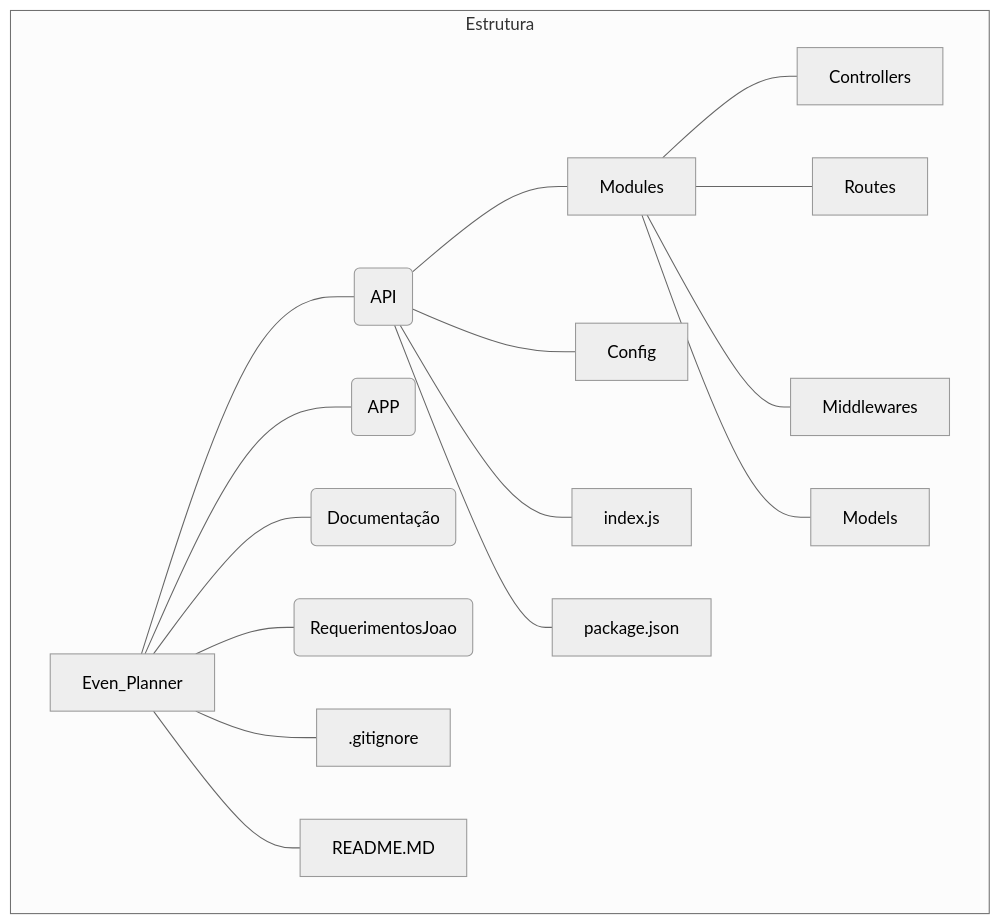
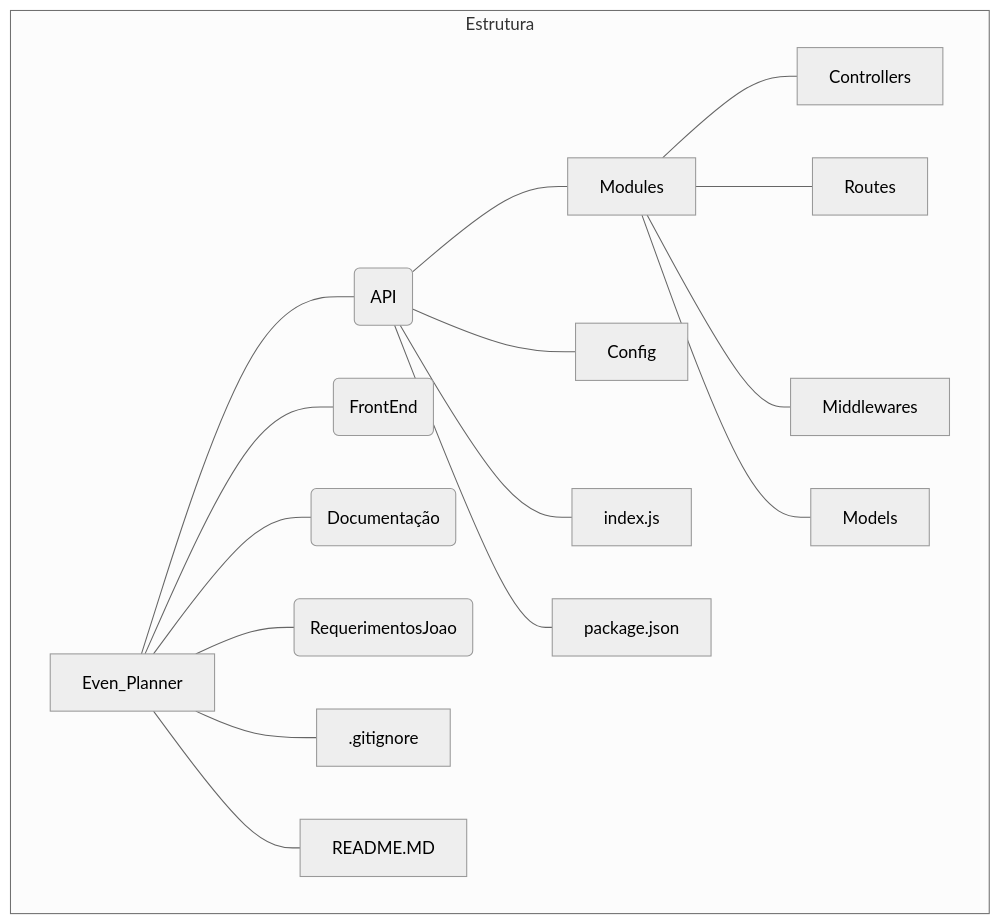
Before and after one commit to GstavRocha/Event_Planner: the diagram in Documentacao/DocumetoRelase.md, drawn with Mermaid (neutral theme). The commit also changed 2 other files, not shown here.

Commit message:
corrigindo o dump

````diff
--- a/Documentacao/DocumetoRelase.md
+++ b/Documentacao/DocumetoRelase.md
@@ -6,37 +6,37 @@
 ```mermaid
 flowchart TB
     subgraph Estrutura
     A0[Even_Planner]
     A(API)
     A1[Config]
     A2[Modules]
     A21[Controllers]
     A22[Models]
     A23[Routes]
     A24[Middlewares]
     A3[index.js]
     A4[package.json]
     A0 --- A
     A---A2---A21
     A2---A23
     A2---A24
     A---A1
     A2---A22
     A---A3
     A---A4
     
-    B(APP)
+    B(FrontEnd)
     A0---B
     
     
     C(Documentação)
     A0---C
     D(RequerimentosJoao)
     A0---D
     E[.gitignore]
     A0---E
     F[README.MD]
     A0---F
     end
 
 ```
````
